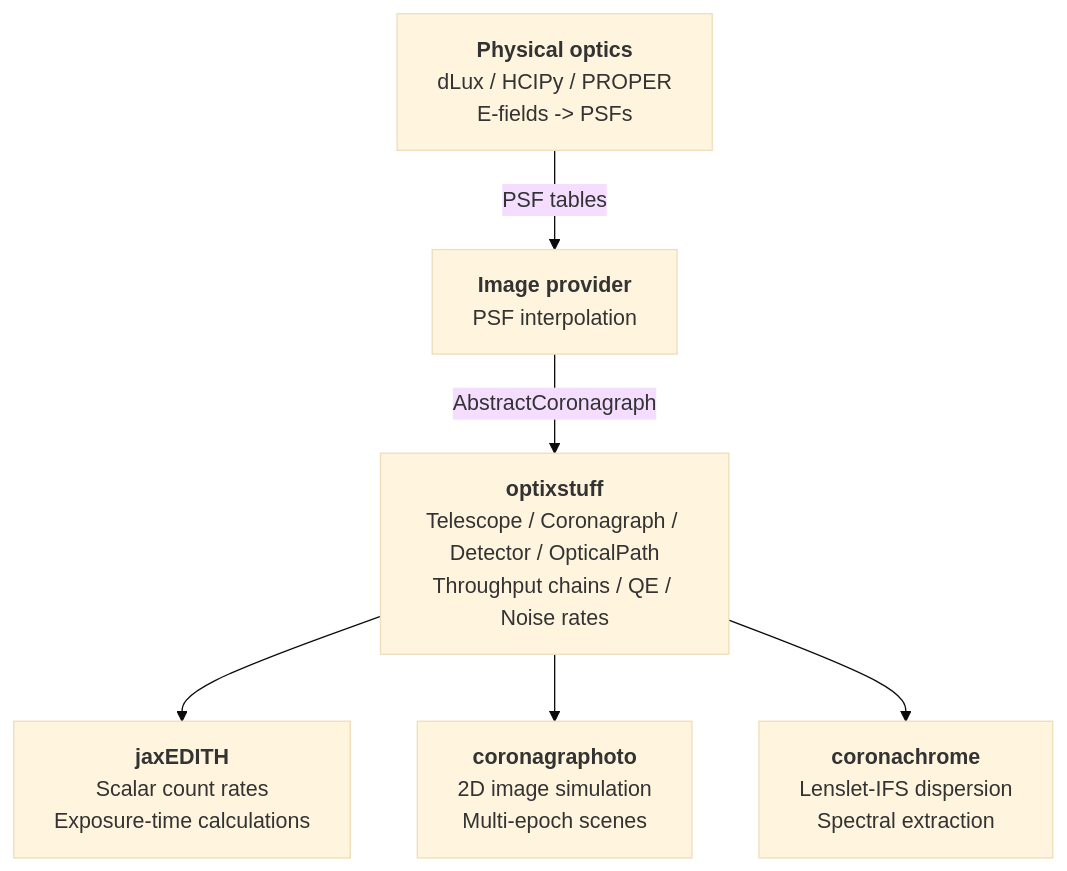
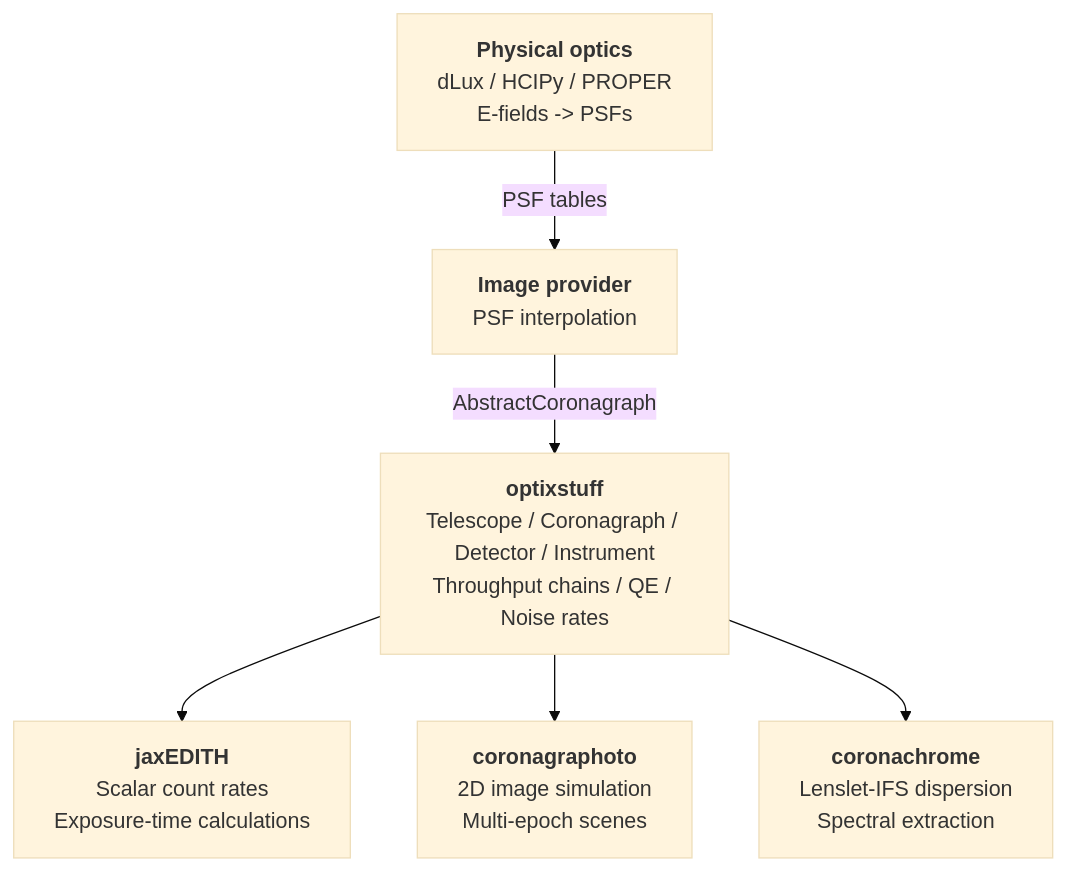
Before and after one commit to CoreySpohn/optixstuff: the diagram in README.md, drawn with Mermaid (base theme). The commit also changed other lines of this file and 12 other files, not shown here.

Commit message:
feat(instrument)!: rename OpticalPath to Instrument and its module to instrument

````diff
--- a/README.md
+++ b/README.md
@@ -140,15 +140,15 @@
 ```mermaid
 flowchart TB
     physopt["<b>Physical optics</b><br/>dLux / HCIPy / PROPER<br/>E-fields -> PSFs"]
     provider["<b>Image provider</b><br/>PSF interpolation"]
-    optix["<b>optixstuff</b><br/>Telescope / Coronagraph / Detector / OpticalPath<br/>Throughput chains / QE / Noise rates"]
+    optix["<b>optixstuff</b><br/>Telescope / Coronagraph / Detector / Instrument<br/>Throughput chains / QE / Noise rates"]
     jaxedith["<b>jaxEDITH</b><br/>Scalar count rates<br/>Exposure-time calculations"]
     corono["<b>coronagraphoto</b><br/>2D image simulation<br/>Multi-epoch scenes"]
     coronachrome["<b>coronachrome</b><br/>Lenslet-IFS dispersion<br/>Spectral extraction"]
 
     physopt -- PSF tables --> provider
     provider -- AbstractCoronagraph --> optix
     optix --> jaxedith
     optix --> corono
     optix --> coronachrome
 ```
````
